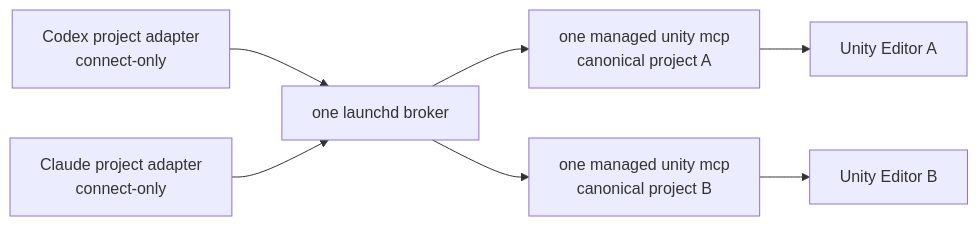
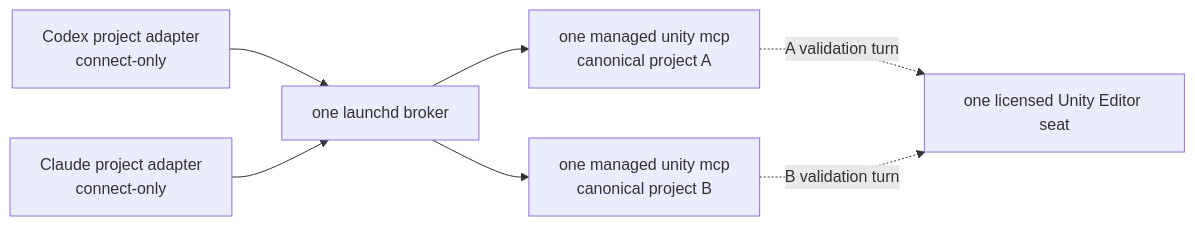
One commit to zamgune/UnityCodeMCPServer changed the first of 2 diagrams in Tools/unity-mcp-router/README.md. Above: the diagram before and after it, drawn with Mermaid. The commit also changed other lines of this file and 31 other files, not shown here.

Commit message:
feat(router): serialize single-seat Unity validation

````diff
--- a/Tools/unity-mcp-router/README.md
+++ b/Tools/unity-mcp-router/README.md
@@ -11,9 +11,9 @@
 ```mermaid
 flowchart LR
     C1["Codex project adapter<br/>connect-only"] --> B["one launchd broker"]
     C2["Claude project adapter<br/>connect-only"] --> B
     B --> U1["one managed unity mcp<br/>canonical project A"]
     B --> U2["one managed unity mcp<br/>canonical project B"]
-    U1 --> E1["Unity Editor A"]
-    U2 --> E2["Unity Editor B"]
+    U1 -. "A validation turn" .-> E["one licensed Unity Editor seat"]
+    U2 -. "B validation turn" .-> E
 ```
````
